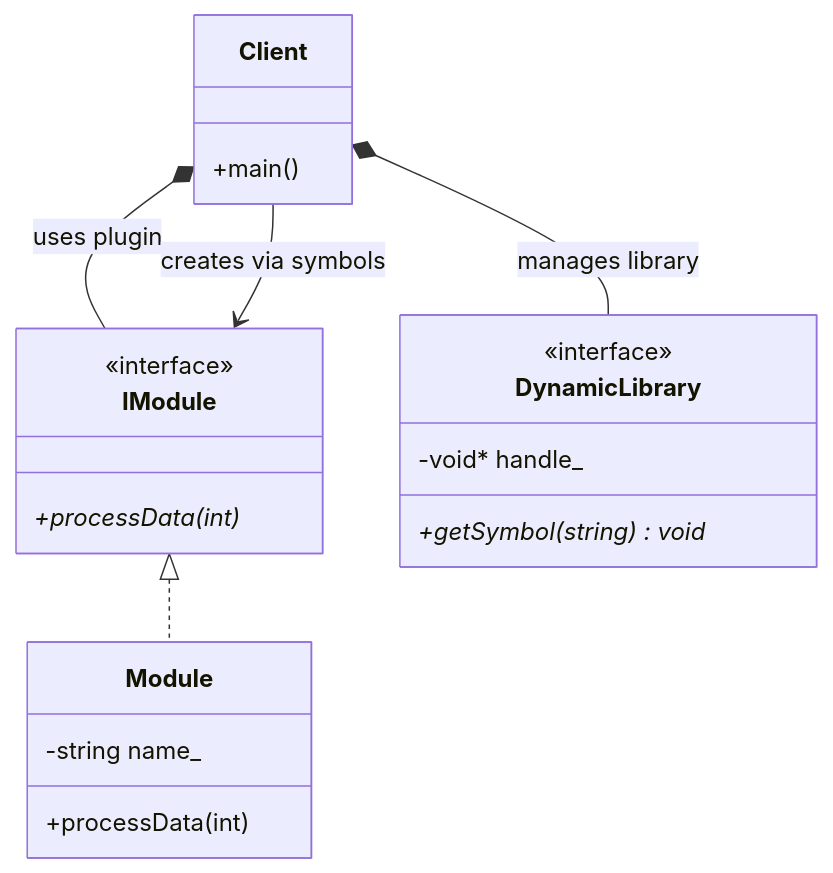
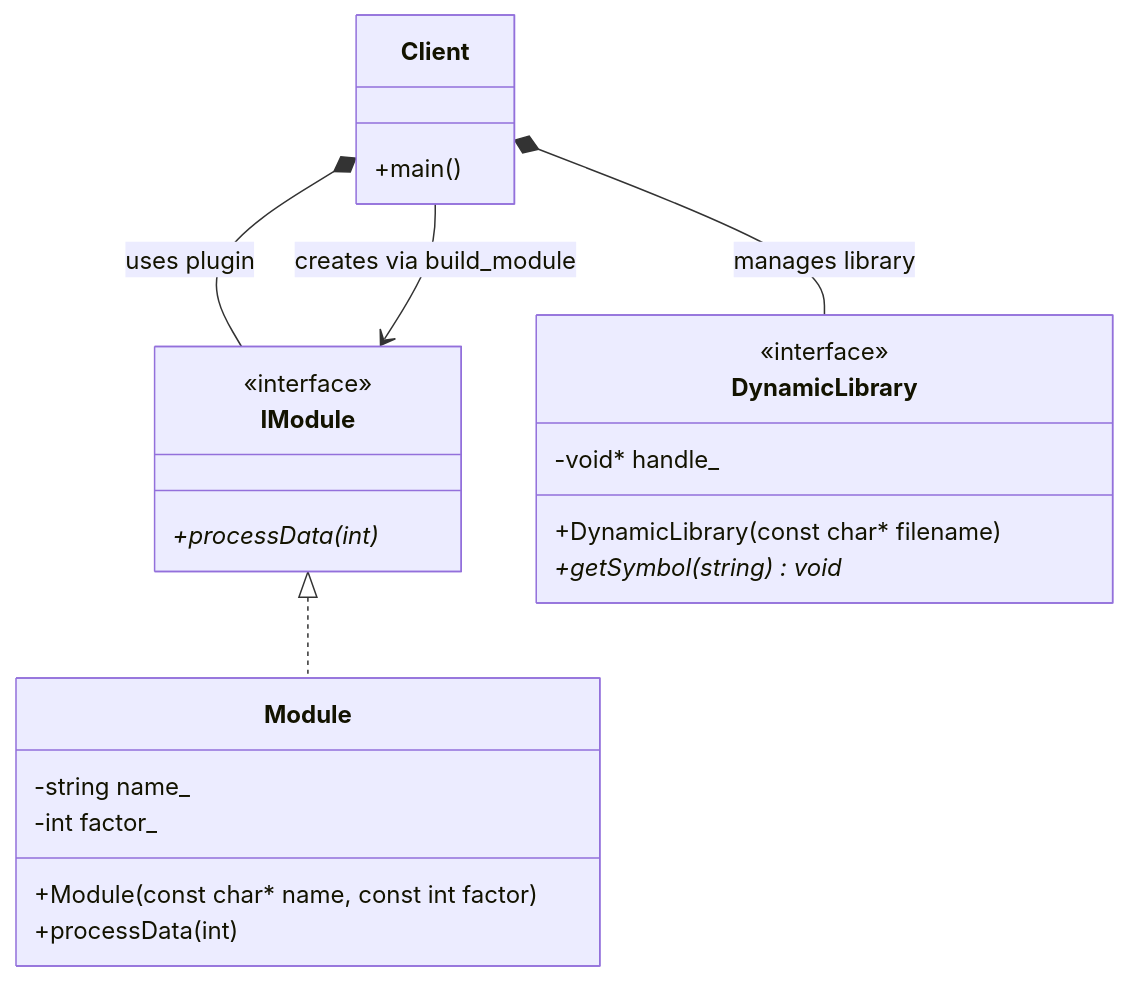
One commit to Cichlidfishexigency721/Modern-CPP-Design-Patterns changed the diagram in 17_ModuleLoader/diagram.md. Above: the diagram before and after it, drawn with Mermaid. The commit also changed 5 other files, not shown here.

Commit message:
UML improvement

````diff
--- a/17_ModuleLoader/diagram.md
+++ b/17_ModuleLoader/diagram.md
@@ -3,34 +3,37 @@
 ```mermaid
 classDiagram
    class Client {
       +main()
    }
 
    class IModule {
       <<interface>>
       +processData(int)*
    }
 
    class Module {
       -string name_
+      -int factor_
+      +Module(const char* name, const int factor)
       +processData(int)
    }
 
    class DynamicLibrary {
       <<interface>>
       -void* handle_
+      +DynamicLibrary(const char* filename)
       +getSymbol(string) void*
    }
 
    %% Inheritance (Implements)
    IModule <|.. Module
 
    %% The Client owns the RAII wrapper for the library
    Client *-- DynamicLibrary : manages library
 
    %% The Client owns the module instance via unique_ptr
    Client *-- IModule : uses plugin
 
    %% The Client depends on the factory functions exported by the .so
-   Client --> IModule : creates via symbols
+   Client --> IModule : creates via build_module
 ```
````
